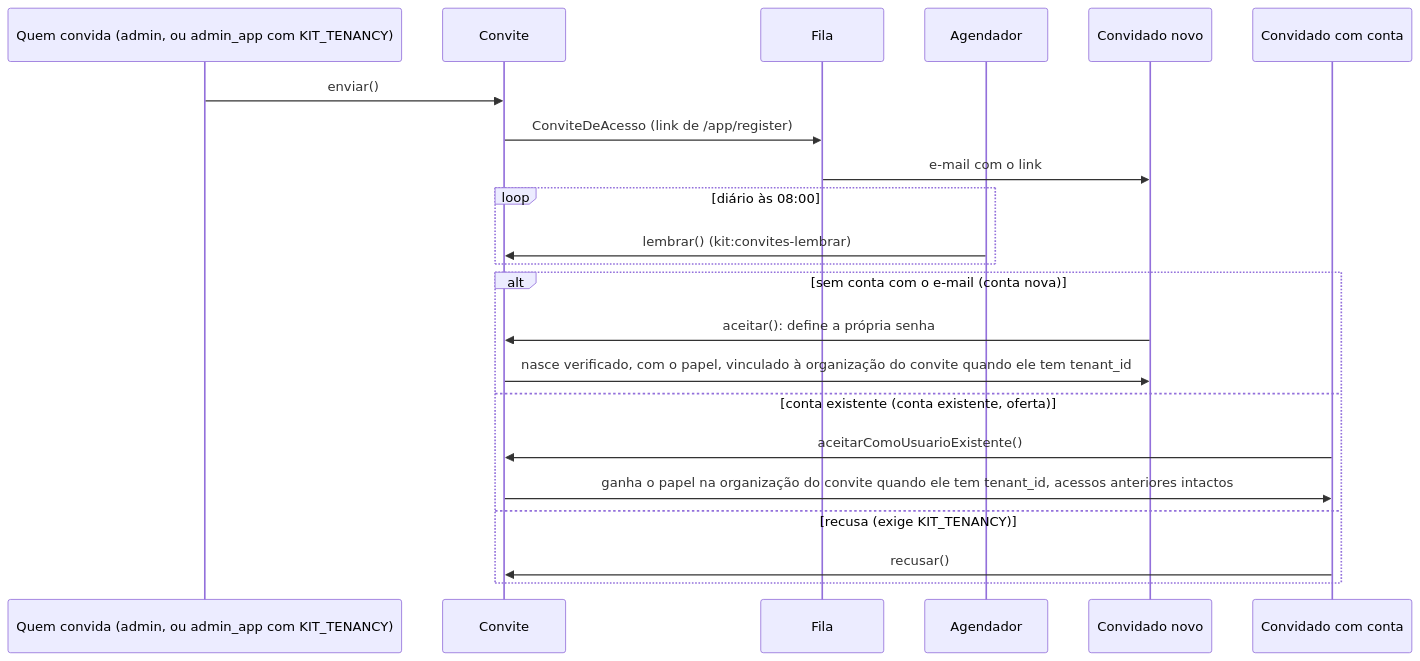
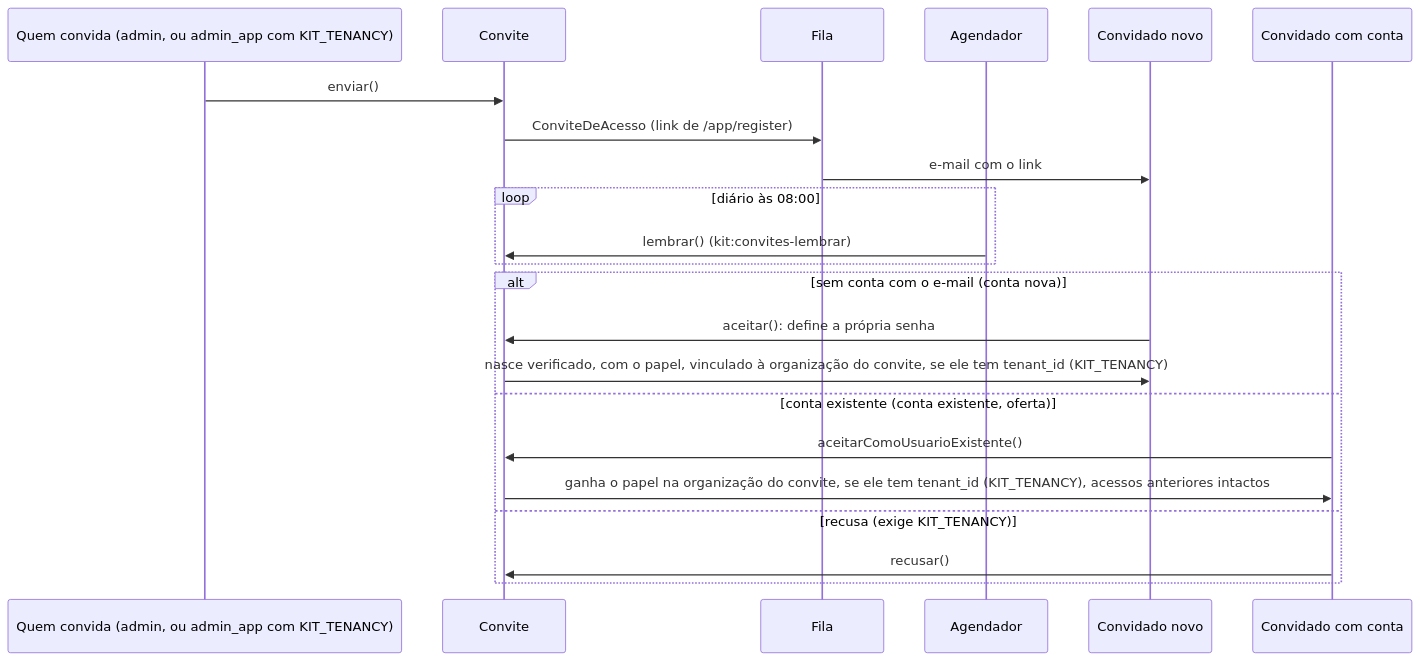
The first of 2 diagrams in docs/pt/autenticacao/convites.md (gsferro/filament-starter-kit-easy), drawn with Mermaid before and after one commit. The commit also changed 17 other files, not shown here.

First line of the commit message:
:white_check_mark: test(diagramas): as guardas da revisao adversarial da adicao, e as docs que elas acharam

````diff
--- a/docs/pt/autenticacao/convites.md
+++ b/docs/pt/autenticacao/convites.md
@@ -70,27 +70,27 @@
 ```mermaid
 sequenceDiagram
 %% DG-07
 accTitle: Convite, do envio ao aceite
 accDescr: Quem convida envia o link pela fila, o agendador lembra quem não respondeu, e o aceite segue um de dois ramos — conta nova ou oferta a conta existente — ligando a organização do convite quando ele tem uma (tenant_id, só existe com KIT_TENANCY).
   participant quem_convida as Quem convida (admin, ou admin_app com KIT_TENANCY)
   participant convite as Convite
   participant fila as Fila
   participant agendador as Agendador
   participant convidado_novo as Convidado novo
   participant convidado_existente as Convidado com conta
   quem_convida->>convite: enviar()
   convite->>fila: ConviteDeAcesso (link de /app/register)
   fila->>convidado_novo: e-mail com o link
   loop diário às 08:00
     agendador->>convite: lembrar() (kit:convites-lembrar)
   end
   alt sem conta com o e-mail (conta nova)
     convidado_novo->>convite: aceitar(): define a própria senha
-    convite->>convidado_novo: nasce verificado, com o papel, vinculado à organização do convite quando ele tem tenant_id
+    convite->>convidado_novo: nasce verificado, com o papel, vinculado à organização do convite, se ele tem tenant_id (KIT_TENANCY)
   else conta existente (conta existente, oferta)
     convidado_existente->>convite: aceitarComoUsuarioExistente()
-    convite->>convidado_existente: ganha o papel na organização do convite quando ele tem tenant_id, acessos anteriores intactos
+    convite->>convidado_existente: ganha o papel na organização do convite, se ele tem tenant_id (KIT_TENANCY), acessos anteriores intactos
   else recusa (exige KIT_TENANCY)
     convidado_existente->>convite: recusar()
   end
 ```
````
